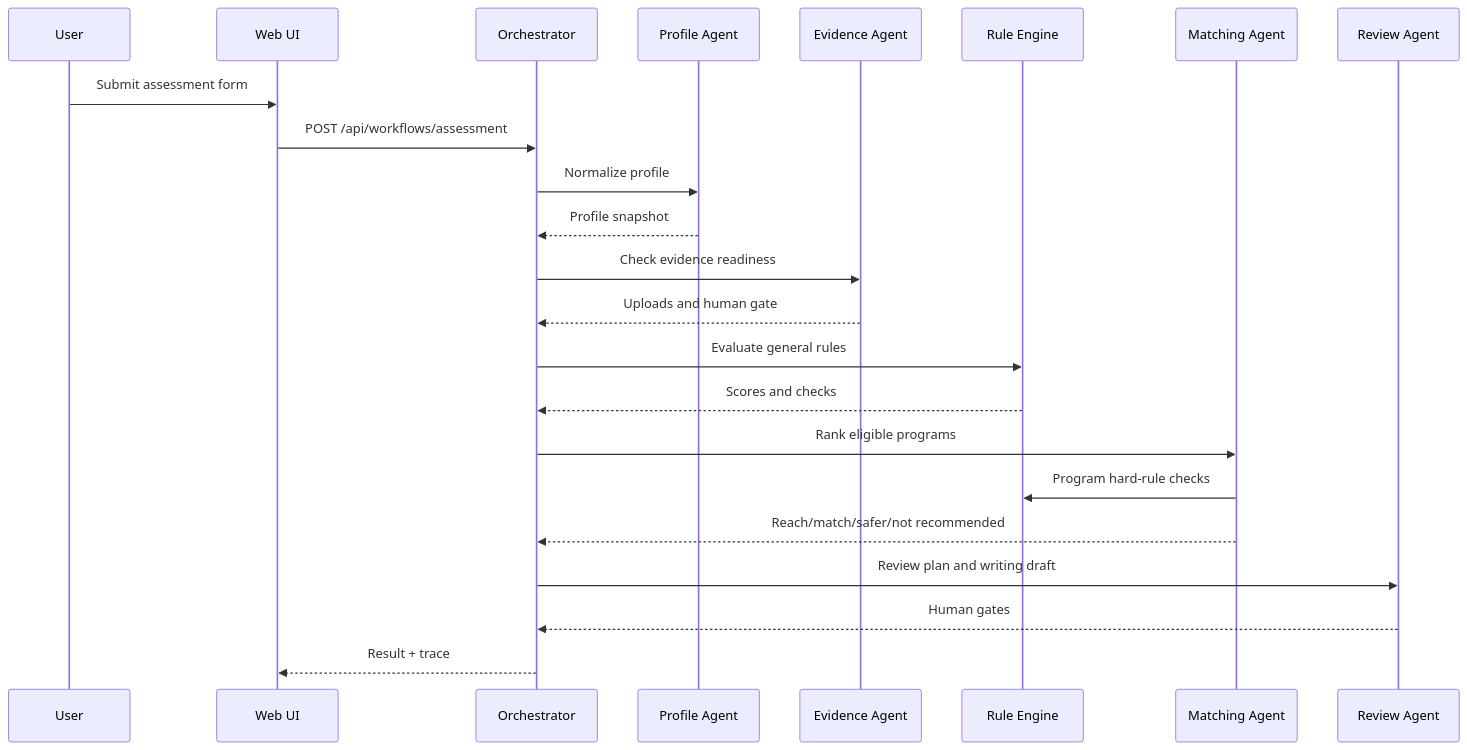
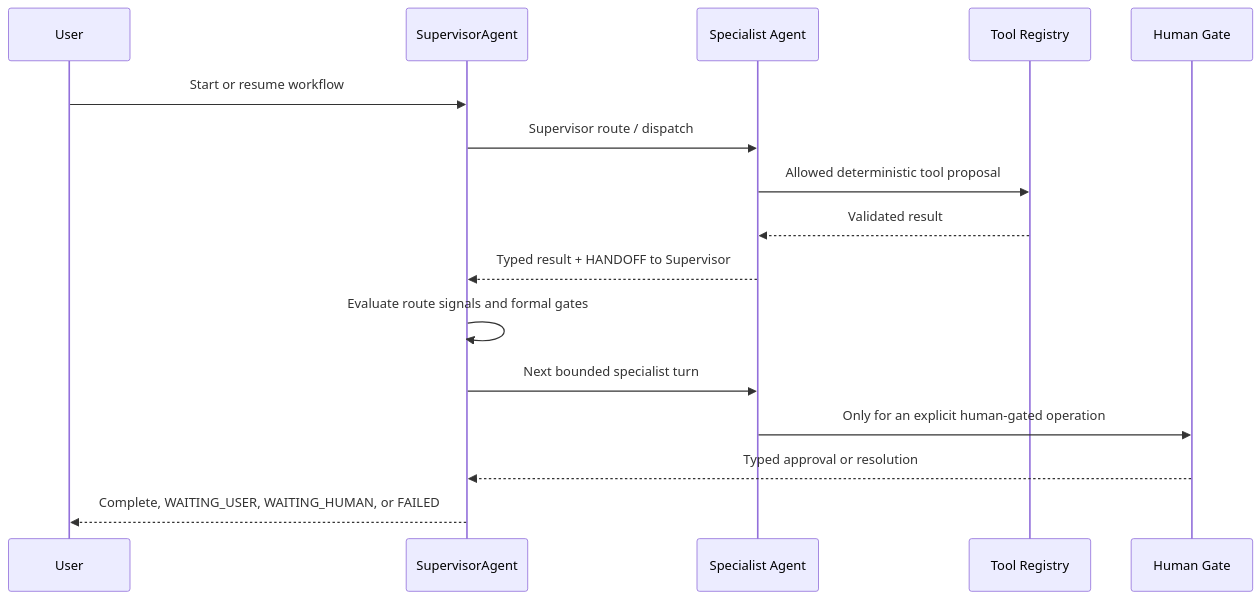
One commit to ZorIgn/HarborPilot-MultiAgent changed the diagram in docs/agent-workflow.md. Above: the diagram before and after it, drawn with Mermaid. The commit also changed other lines of this file and 56 other files, not shown here.

Commit message:
feat: harden evidence-aware multi-agent runtime

````diff
--- a/docs/agent-workflow.md
+++ b/docs/agent-workflow.md
@@ -7,26 +9,19 @@
 ```mermaid
 sequenceDiagram
   participant U as User
-  participant W as Web UI
-  participant O as Orchestrator
-  participant P as Profile Agent
-  participant E as Evidence Agent
-  participant R as Rule Engine
-  participant M as Matching Agent
-  participant V as Review Agent
+  participant S as SupervisorAgent
+  participant A as Specialist Agent
+  participant T as Tool Registry
+  participant H as Human Gate
 
-  U->>W: Submit assessment form
-  W->>O: POST /api/workflows/assessment
-  O->>P: Normalize profile
-  P-->>O: Profile snapshot
-  O->>E: Check evidence readiness
-  E-->>O: Uploads and human gate
-  O->>R: Evaluate general rules
-  R-->>O: Scores and checks
-  O->>M: Rank eligible programs
-  M->>R: Program hard-rule checks
-  M-->>O: Reach/match/safer/not recommended
-  O->>V: Review plan and writing draft
-  V-->>O: Human gates
-  O-->>W: Result + trace
+  U->>S: Start or resume workflow
+  S->>A: Supervisor route / dispatch
+  A->>T: Allowed deterministic tool proposal
+  T-->>A: Validated result
+  A-->>S: Typed result + HANDOFF to Supervisor
+  S->>S: Evaluate route signals and formal gates
+  S->>A: Next bounded specialist turn
+  A->>H: Only for an explicit human-gated operation
+  H-->>S: Typed approval or resolution
+  S-->>U: Complete, WAITING_USER, WAITING_HUMAN, or FAILED
 ```
````
